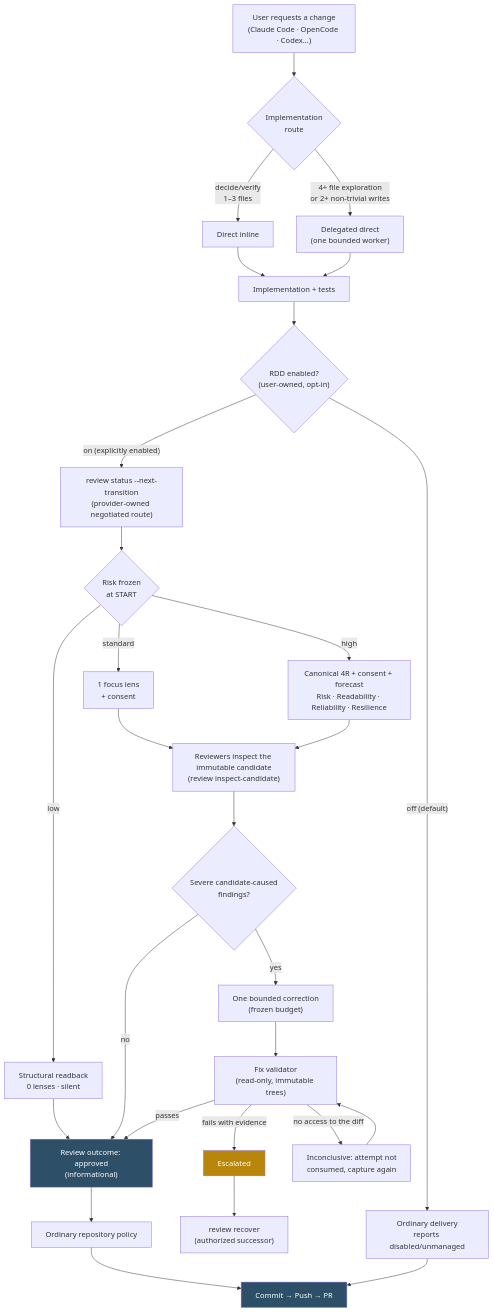
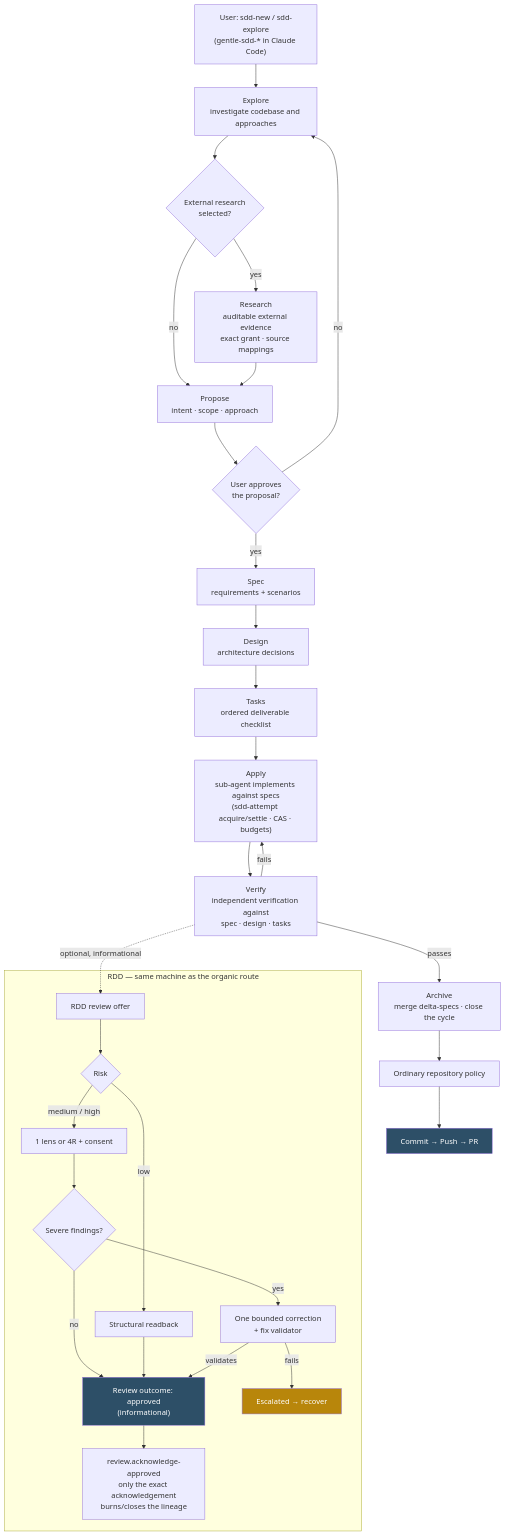
The first of 2 diagrams in README.md (0xErwin1/gentle-ai), drawn with Mermaid before and after one commit. The commit also changed other lines of this file and 22 other files, not shown here.

````diff
--- a/README.md
+++ b/README.md
@@ -247,34 +232,38 @@
 ```mermaid
 flowchart TD
-    A["User requests a change<br/>(Claude Code · OpenCode · Codex...)"] --> B{"Implementation<br/>route"}
-    B -->|"decide/verify<br/>1–3 files"| C["Direct inline"]
-    B -->|"4+ file exploration<br/>or 2+ non-trivial writes"| D["Delegated direct<br/>(one bounded worker)"]
-    C --> E["Implementation + tests"]
-    D --> E
-    E --> F{"RDD enabled?<br/>(user-owned, opt-in)"}
-    F -->|"off (default)"| Z["Ordinary delivery<br/>reports disabled/unmanaged"]
-    F -->|"on (explicitly enabled)"| G["review status --next-transition<br/>(provider-owned negotiated route)"]
-    G --> H{"Risk frozen<br/>at START"}
-    H -->|"low"| I["Structural readback<br/>0 lenses · silent"]
-    H -->|"standard"| J["1 focus lens<br/>+ consent"]
-    H -->|"high"| K["Canonical 4R + consent + forecast<br/>Risk · Readability · Reliability · Resilience"]
-    J --> L["Reviewers inspect the immutable candidate<br/>(review inspect-candidate)"]
-    K --> L
-    L --> M{"Severe candidate-caused<br/>findings?"}
-    I --> N["Review outcome: approved<br/>(informational)"]
-    M -->|"no"| N
-    M -->|"yes"| O["One bounded correction<br/>(frozen budget)"]
-    O --> P["Fix validator<br/>(read-only, immutable trees)"]
-    P -->|"passes"| N
-    P -->|"fails with evidence"| Q["Escalated"]
-    P -->|"no access to the diff"| R["Inconclusive: attempt not<br/>consumed, capture again"]
-    R --> P
-    Q --> S["review recover<br/>(authorized successor)"]
-    N --> T["Ordinary repository policy"]
-    T --> U["Commit → Push → PR"]
-    Z --> U
+    A["User: sdd-new / sdd-explore<br/>(gentle-sdd-* in Claude Code)"] --> B["Explore<br/>investigate codebase and approaches"]
+    B --> BR{"External research<br/>selected?"}
+    BR -->|"yes"| BX["Research<br/>auditable external evidence<br/>exact grant · source mappings"]
+    BR -->|"no"| C["Propose<br/>intent · scope · approach"]
+    BX --> C
+    C --> D{"User approves<br/>the proposal?"}
+    D -->|"no"| B
+    D -->|"yes"| E["Spec<br/>requirements + scenarios"]
+    E --> F["Design<br/>architecture decisions"]
+    F --> G["Tasks<br/>ordered deliverable checklist"]
+    G --> H["Apply<br/>sub-agent implements against specs<br/>(sdd-attempt acquire/settle · CAS · budgets)"]
+    H --> Q["Verify<br/>independent verification against<br/>spec · design · tasks"]
+    Q -->|"passes"| R["Archive<br/>merge delta-specs · close the cycle"]
+    Q -->|"fails"| H
+    Q -.->|"optional, informational"| I["RDD review offer"]
 
-    style N fill:#2D4F67,color:#fff
-    style Q fill:#B8860B,color:#fff
-    style U fill:#2D4F67,color:#fff
+    subgraph RDD["RDD — same machine as the organic route"]
+        I --> J{"Risk"}
+        J -->|"low"| K["Structural readback"]
+        J -->|"medium / high"| L["1 lens or 4R + consent"]
+        L --> M{"Severe findings?"}
+        M -->|"yes"| N["One bounded correction<br/>+ fix validator"]
+        M -->|"no"| O["Review outcome: approved<br/>(informational)"]
+        K --> O
+        N -->|"validates"| O
+        N -->|"fails"| P["Escalated → recover"]
+        O --> AK["review.acknowledge-approved<br/>only the exact acknowledgement<br/>burns/closes the lineage"]
+    end
+
+    R --> S["Ordinary repository policy"]
+    S --> T["Commit → Push → PR"]
+
+    style O fill:#2D4F67,color:#fff
+    style P fill:#B8860B,color:#fff
+    style T fill:#2D4F67,color:#fff
 ```
````
